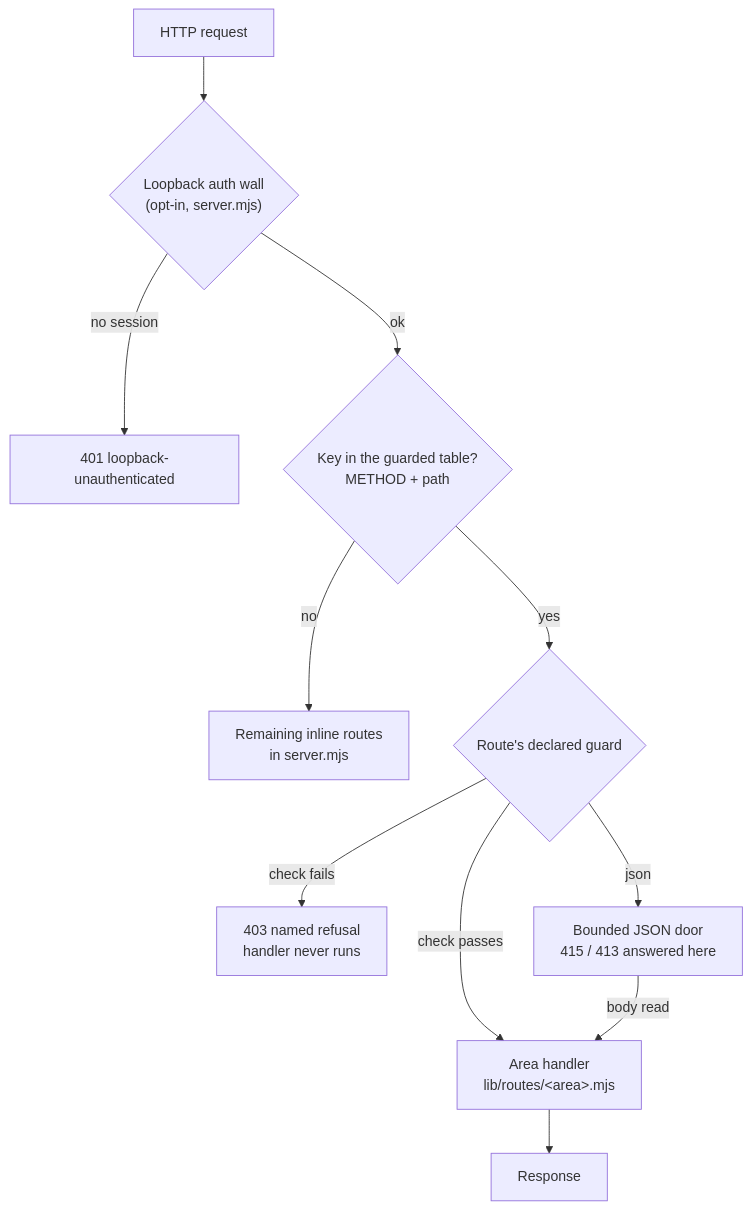
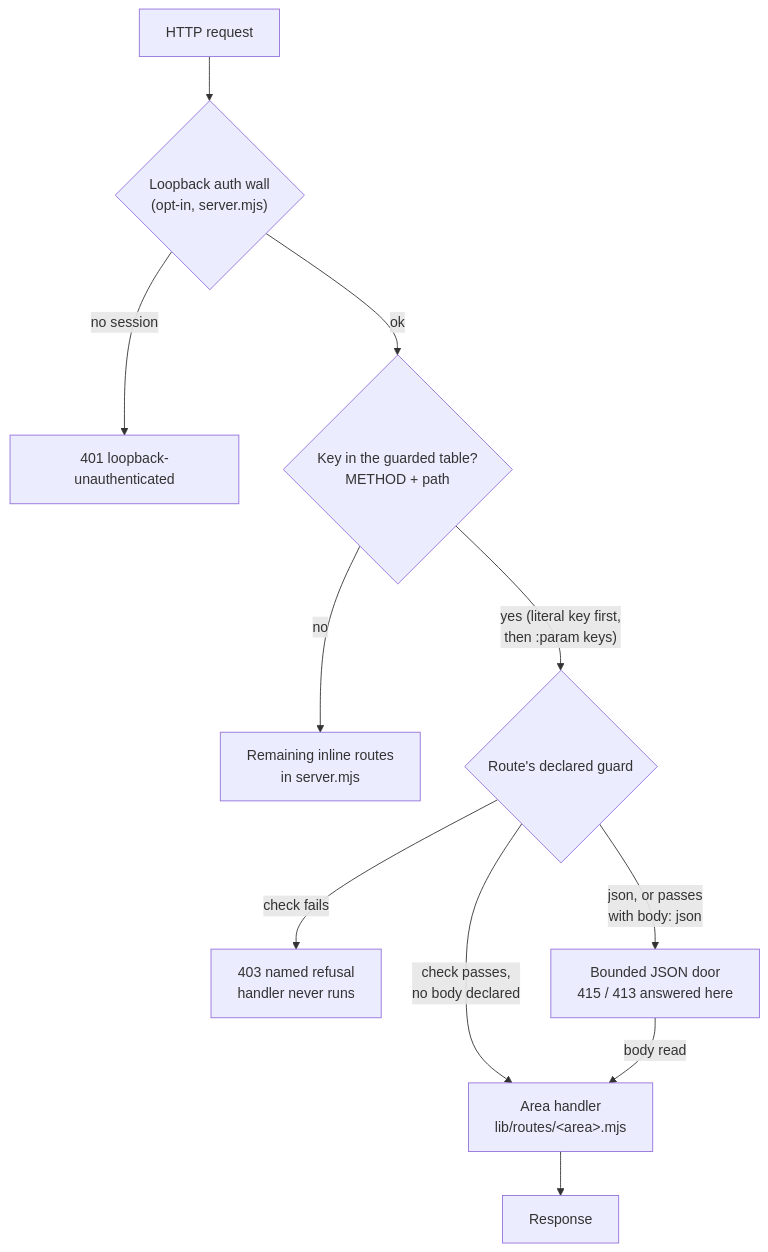
Before and after one commit to PaulKinlan/voicebox: the diagram in docs/30-guarded-routes.md, drawn with Mermaid. The commit also changed other lines of this file and 11 other files, not shown here.

First line of the commit message:
refactor(routes): path parameters, guard-then-body and per-route refusals; move agent and permission routes (voicebox-beads-cwx5.1)

````diff
--- a/docs/30-guarded-routes.md
+++ b/docs/30-guarded-routes.md
@@ -51,13 +71,13 @@
 ```mermaid
 flowchart TD
   Req["HTTP request"] --> Wall{"Loopback auth wall<br/>(opt-in, server.mjs)"}
   Wall -- "no session" --> R401["401 loopback-unauthenticated"]
   Wall -- "ok" --> Lookup{"Key in the guarded table?<br/>METHOD + path"}
   Lookup -- "no" --> Legacy["Remaining inline routes<br/>in server.mjs"]
-  Lookup -- "yes" --> Guard{"Route's declared guard"}
+  Lookup -- "yes (literal key first,<br/>then :param keys)" --> Guard{"Route's declared guard"}
   Guard -- "check fails" --> R403["403 named refusal<br/>handler never runs"]
-  Guard -- "json" --> Door["Bounded JSON door<br/>415 / 413 answered here"]
-  Guard -- "check passes" --> Handler["Area handler<br/>lib/routes/&lt;area&gt;.mjs"]
+  Guard -- "json, or passes<br/>with body: json" --> Door["Bounded JSON door<br/>415 / 413 answered here"]
+  Guard -- "check passes,<br/>no body declared" --> Handler["Area handler<br/>lib/routes/&lt;area&gt;.mjs"]
   Door -- "body read" --> Handler
   Handler --> Res["Response"]
 ```
````
